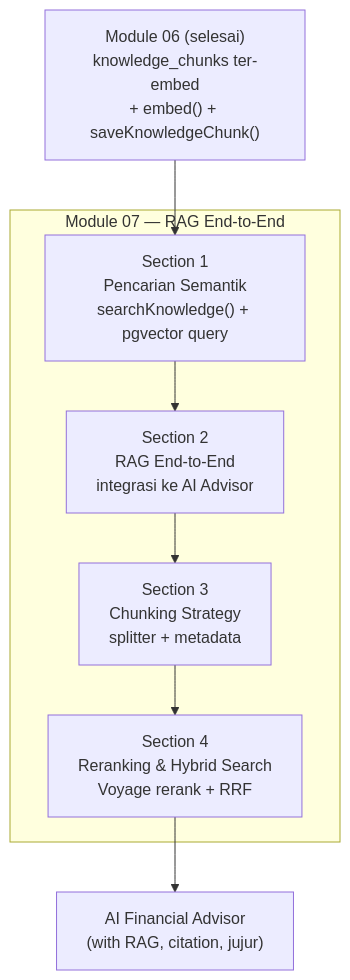
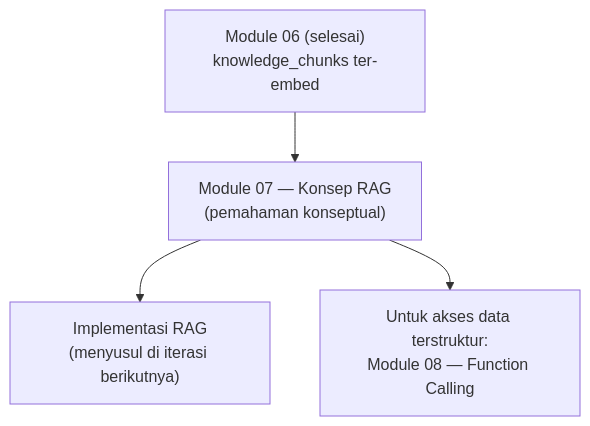
One commit to githubna-ilham/AI_Claude changed the first of 2 diagrams in Day 3 - Prompt Engineering/Module-07-RAG/materi.md. Above: the diagram before and after it, drawn with Mermaid. The commit also changed other lines of this file and 7 other files, not shown here.

First line of the commit message:
docs(day-3/module-07): refactor jadi konseptual-only, hapus 4 latihan implementasi

````diff
--- a/Day 3 - Prompt Engineering/Module-07-RAG/materi.md
+++ b/Day 3 - Prompt Engineering/Module-07-RAG/materi.md
@@ -28,15 +23,11 @@
 ```mermaid
 flowchart TD
-    M6["Module 06 (selesai)<br/>knowledge_chunks ter-embed<br/>+ embed() + saveKnowledgeChunk()"]
+    M6["Module 06 (selesai)<br/>knowledge_chunks ter-embed"]
+    M7["Module 07 — Konsep RAG<br/>(pemahaman konseptual)"]
+    Next["Implementasi RAG<br/>(menyusul di iterasi berikutnya)"]
+    Alt["Untuk akses data terstruktur:<br/>Module 08 — Function Calling"]
 
-    subgraph M7["Module 07 — RAG End-to-End"]
-        S1["Section 1<br/>Pencarian Semantik<br/>searchKnowledge() + pgvector query"]
-        S2["Section 2<br/>RAG End-to-End<br/>integrasi ke AI Advisor"]
-        S3["Section 3<br/>Chunking Strategy<br/>splitter + metadata"]
-        S4["Section 4<br/>Reranking & Hybrid Search<br/>Voyage rerank + RRF"]
-    end
-
-    AIAdvisor["AI Financial Advisor<br/>(with RAG, citation, jujur)"]
-
-    M6 --> S1 --> S2 --> S3 --> S4 --> AIAdvisor
+    M6 --> M7
+    M7 --> Next
+    M7 --> Alt
 ```
````
